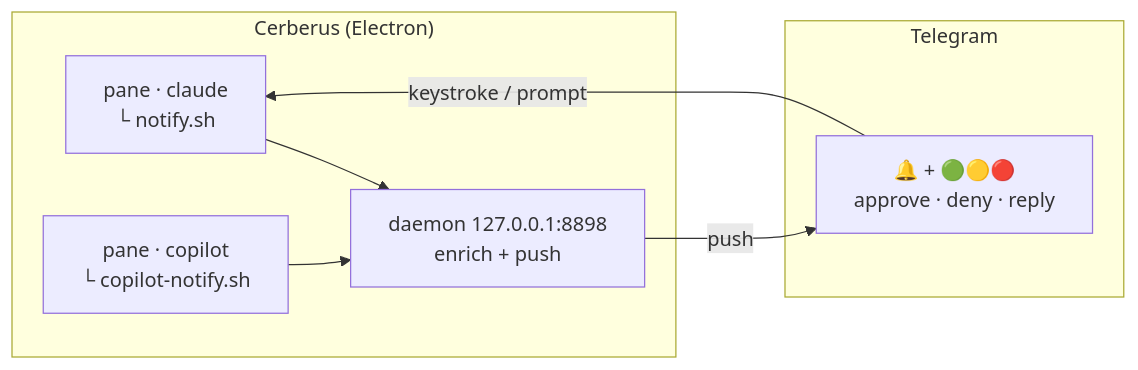
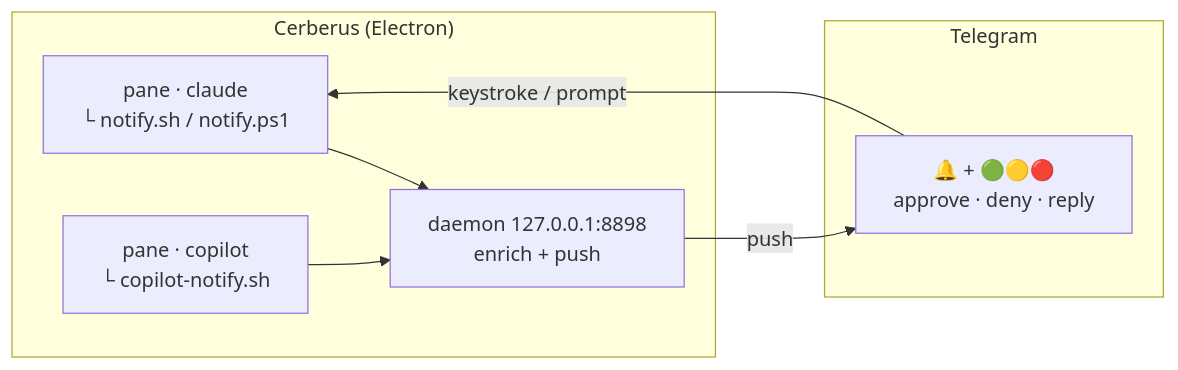
The diagram in README.md (leodudedev/cerberus-term), drawn with Mermaid before and after one commit. The commit also changed other lines of this file and 16 other files, not shown here.

````diff
--- a/README.md
+++ b/README.md
@@ -38,15 +38,15 @@
 ```mermaid
 flowchart LR
     subgraph app["Cerberus (Electron)"]
-        A["pane · claude<br/>└ notify.sh"]
+        A["pane · claude<br/>└ notify.sh / notify.ps1"]
         B["pane · copilot<br/>└ copilot-notify.sh"]
         D["daemon 127.0.0.1:8898<br/>enrich + push"]
         A --> D
         B --> D
     end
     subgraph tg["Telegram"]
         T["🔔 + 🟢🟡🔴<br/>approve · deny · reply"]
     end
     D -->|push| T
     T -->|"keystroke / prompt"| A
 ```
````
